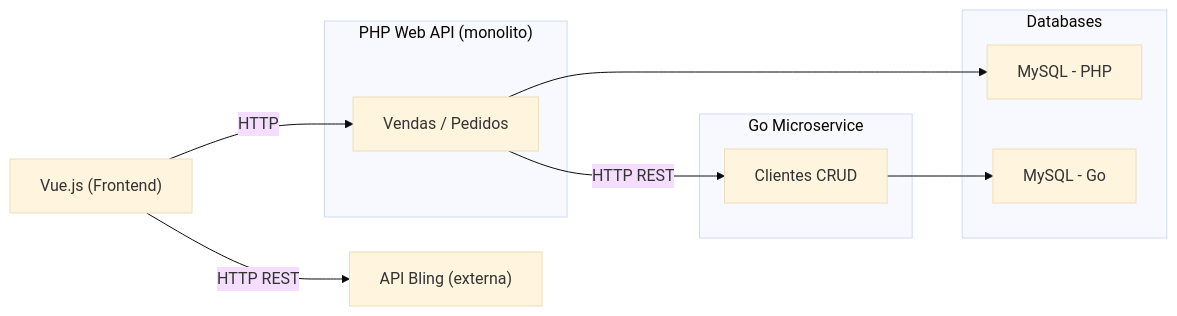
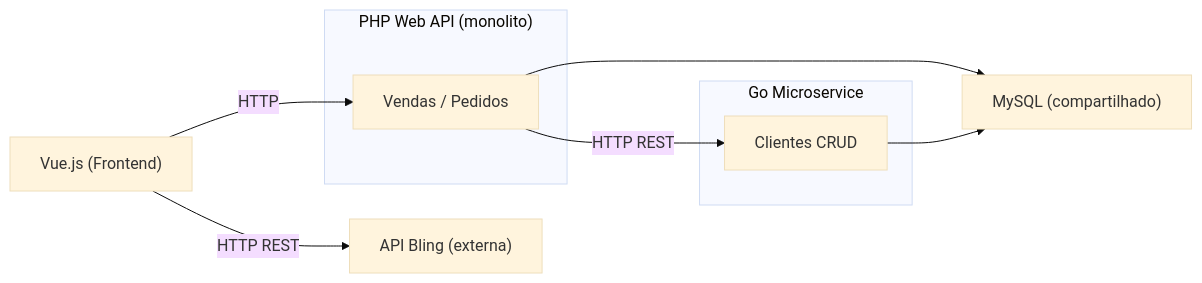
One commit to sirioneto-bling/devpool_modulo_03 changed the first of 5 diagrams in README.md. Above: the diagram before and after it, drawn with Mermaid (base theme). The commit also changed other lines of this file, not shown here.

````diff
--- a/README.md
+++ b/README.md
@@ -24,25 +24,21 @@
 ```mermaid
 graph LR
     frontend["Vue.js (Frontend)"]
 
     subgraph phpApi ["PHP Web API (monolito)"]
         vendas["Vendas / Pedidos"]
     end
 
     subgraph goApi ["Go Microservice"]
         clientes["Clientes CRUD"]
     end
 
-    subgraph databases ["Databases"]
-        mysqlPhp["MySQL - PHP"]
-        mysqlGo["MySQL - Go"]
-    end
-
+    mysql["MySQL (compartilhado)"]
     blingApi["API Bling (externa)"]
 
     frontend -->|"HTTP"| vendas
     frontend -->|"HTTP REST"| blingApi
     vendas -->|"HTTP REST"| clientes
-    vendas --> mysqlPhp
-    clientes --> mysqlGo
+    vendas --> mysql
+    clientes --> mysql
 ```
````
